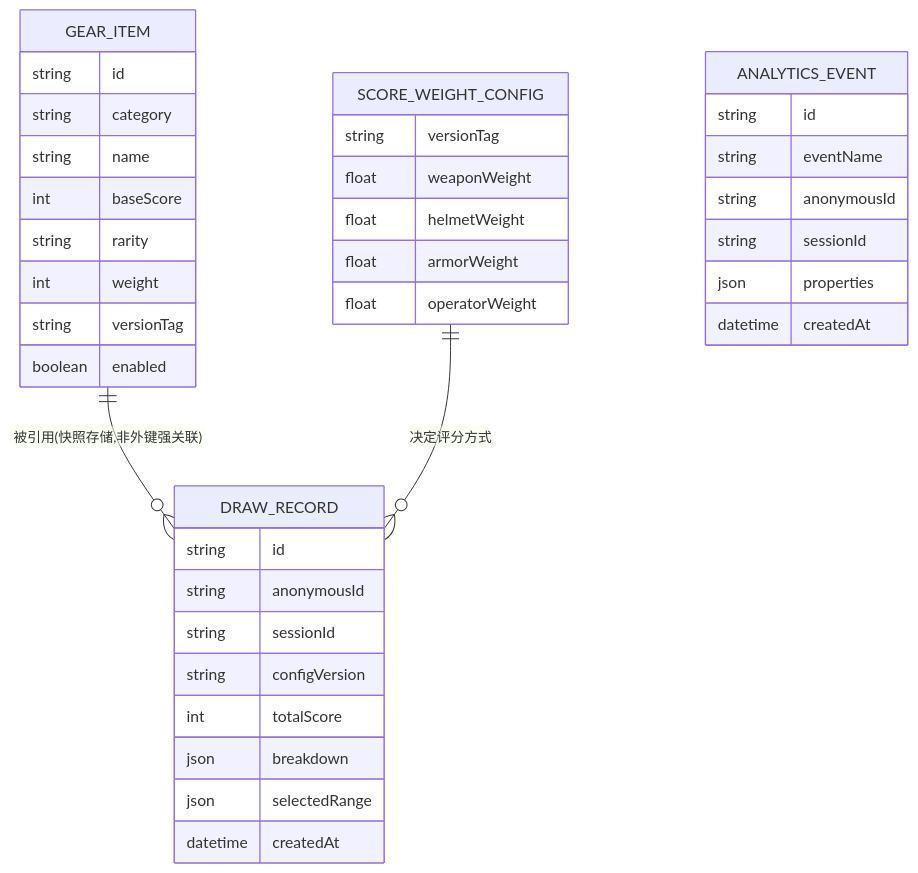
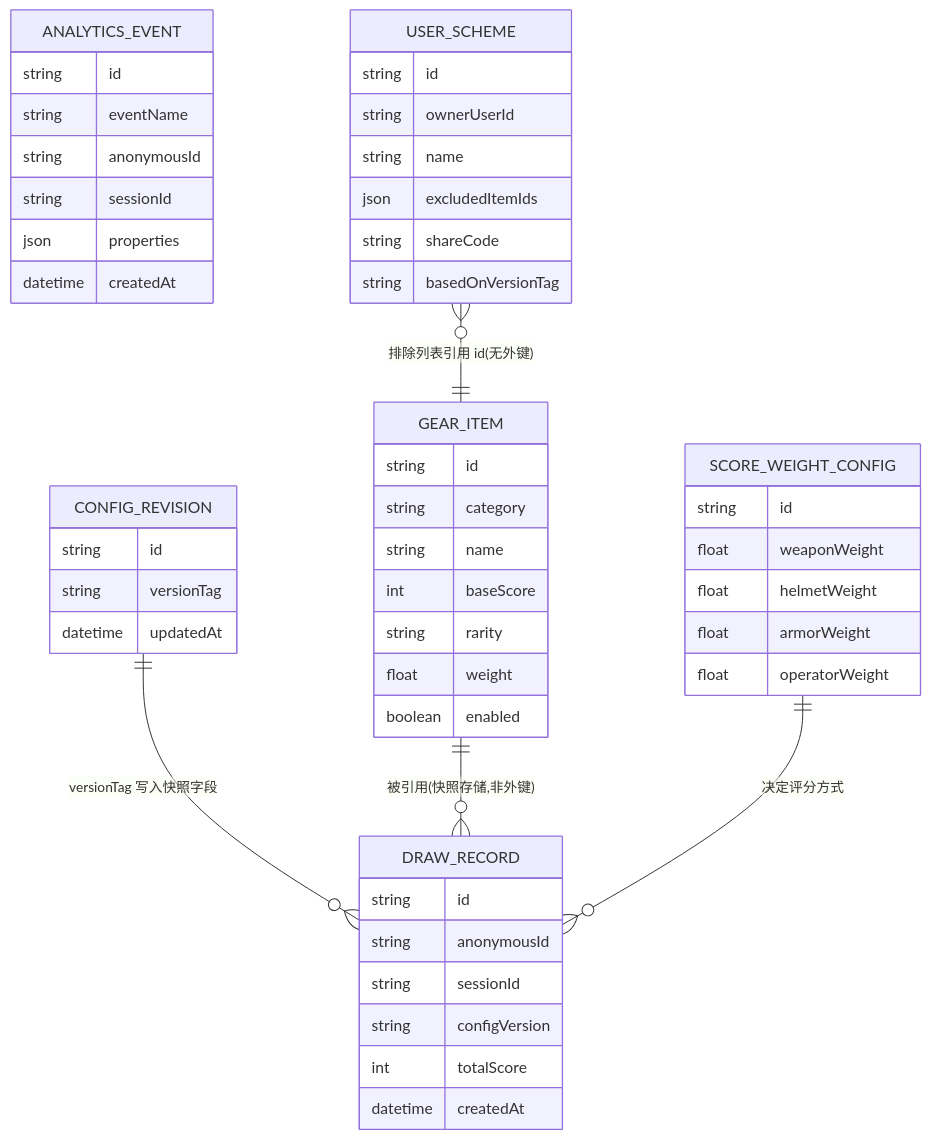
Before and after one commit to NeesuNergy/gear-blind-box: the diagram in docs/03-spec/DATA-MODEL.md, drawn with Mermaid. The commit also changed other lines of this file and 30 other files, not shown here.

````diff
--- a/docs/03-spec/DATA-MODEL.md
+++ b/docs/03-spec/DATA-MODEL.md
@@ -8,41 +8,53 @@
 ```mermaid
 erDiagram
+    CONFIG_REVISION {
+        string id
+        string versionTag
+        datetime updatedAt
+    }
     GEAR_ITEM {
         string id
         string category
         string name
         int baseScore
         string rarity
-        int weight
-        string versionTag
+        float weight
         boolean enabled
     }
     SCORE_WEIGHT_CONFIG {
-        string versionTag
+        string id
         float weaponWeight
         float helmetWeight
         float armorWeight
         float operatorWeight
     }
     DRAW_RECORD {
         string id
         string anonymousId
         string sessionId
         string configVersion
         int totalScore
-        json breakdown
-        json selectedRange
         datetime createdAt
     }
     ANALYTICS_EVENT {
         string id
         string eventName
         string anonymousId
         string sessionId
         json properties
         datetime createdAt
     }
+    USER_SCHEME {
+        string id
+        string ownerUserId
+        string name
+        json excludedItemIds
+        string shareCode
+        string basedOnVersionTag
+    }
 
-    GEAR_ITEM ||--o{ DRAW_RECORD : "被引用(快照存储,非外键强关联)"
+    CONFIG_REVISION ||--o{ DRAW_RECORD : "versionTag 写入快照字段"
+    GEAR_ITEM ||--o{ DRAW_RECORD : "被引用(快照存储,非外键)"
     SCORE_WEIGHT_CONFIG ||--o{ DRAW_RECORD : "决定评分方式"
+    USER_SCHEME }o--|| GEAR_ITEM : "排除列表引用 id(无外键)"
 ```
````
